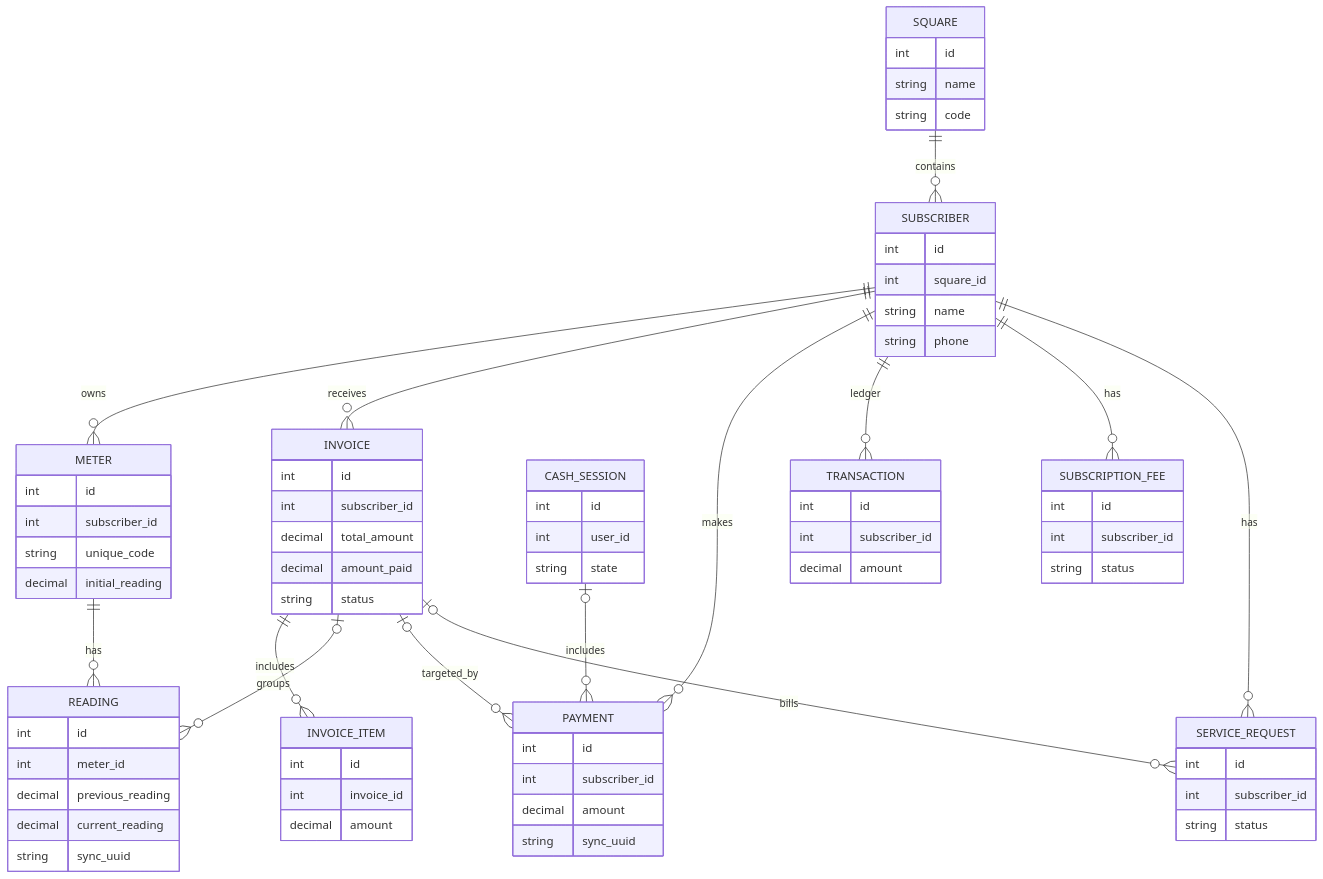
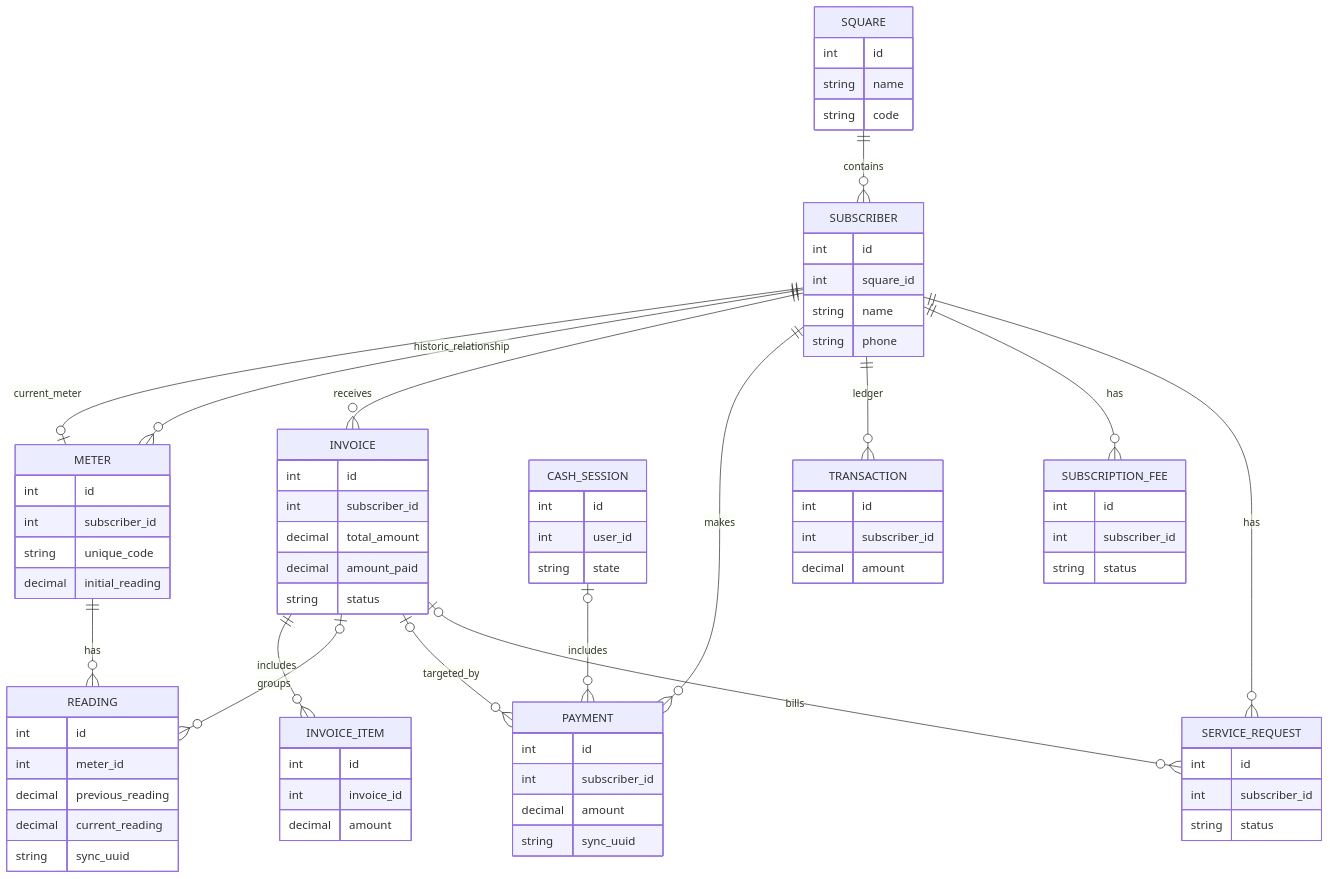
One commit to iitij/water changed the fifth of 5 diagrams in docs/architecture/WATER_SYSTEM_ARCHITECTURE_AR.md. Above: the diagram before and after it, drawn with Mermaid. The commit also changed other lines of this file, not shown here.

Commit message:
docs(meters): align architecture diagrams and project README with current meter rule

````diff
--- a/docs/architecture/WATER_SYSTEM_ARCHITECTURE_AR.md
+++ b/docs/architecture/WATER_SYSTEM_ARCHITECTURE_AR.md
@@ -208,79 +208,80 @@
 ```mermaid
 erDiagram
     SQUARE ||--o{ SUBSCRIBER : contains
-    SUBSCRIBER ||--o{ METER : owns
+    SUBSCRIBER ||--o| METER : current_meter
+    SUBSCRIBER ||--o{ METER : historic_relationship
     METER ||--o{ READING : has
     SUBSCRIBER ||--o{ INVOICE : receives
     INVOICE ||--o{ INVOICE_ITEM : includes
     INVOICE o|--o{ READING : groups
     SUBSCRIBER ||--o{ PAYMENT : makes
     INVOICE o|--o{ PAYMENT : targeted_by
     CASH_SESSION o|--o{ PAYMENT : includes
     SUBSCRIBER ||--o{ TRANSACTION : ledger
     SUBSCRIBER ||--o{ SUBSCRIPTION_FEE : has
     SUBSCRIBER ||--o{ SERVICE_REQUEST : has
     INVOICE o|--o{ SERVICE_REQUEST : bills
 
     SQUARE {
         int id
         string name
         string code
     }
     SUBSCRIBER {
         int id
         int square_id
         string name
         string phone
     }
     METER {
         int id
         int subscriber_id
         string unique_code
         decimal initial_reading
     }
     READING {
         int id
         int meter_id
         decimal previous_reading
         decimal current_reading
         string sync_uuid
     }
     INVOICE {
         int id
         int subscriber_id
         decimal total_amount
         decimal amount_paid
         string status
     }
     INVOICE_ITEM {
         int id
         int invoice_id
         decimal amount
     }
     PAYMENT {
         int id
         int subscriber_id
         decimal amount
         string sync_uuid
     }
     CASH_SESSION {
         int id
         int user_id
         string state
     }
     TRANSACTION {
         int id
         int subscriber_id
         decimal amount
     }
     SUBSCRIPTION_FEE {
         int id
         int subscriber_id
         string status
     }
     SERVICE_REQUEST {
         int id
         int subscriber_id
         string status
     }
 ```
````
